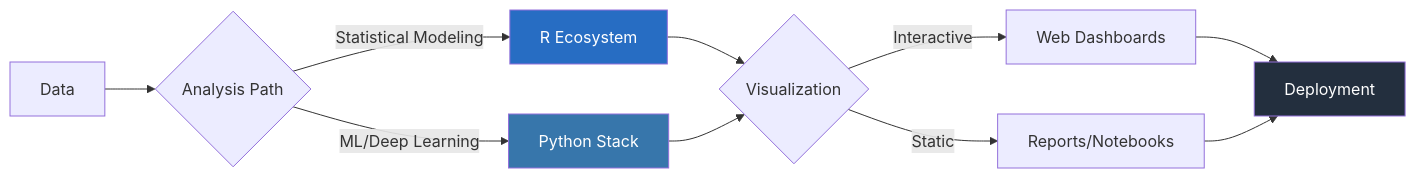
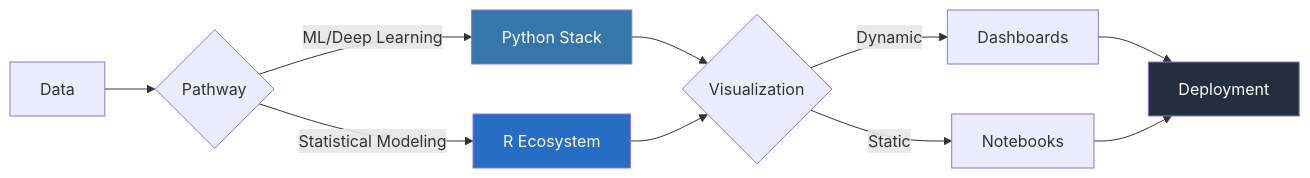
One commit to joaquimtimoteo/joaquimtimoteo changed the first of 3 diagrams in README.md. Above: the diagram before and after it, drawn with Mermaid. The commit also changed other lines of this file, not shown here.

````diff
--- a/README.md
+++ b/README.md
@@ -60,20 +79,20 @@
 ```mermaid
 graph LR
-    D[Data] --> P{Analysis Path}
+    D[Data] --> P{Pathway}
+    P -->|ML/Deep Learning| PY[Python Stack]
     P -->|Statistical Modeling| R[R Ecosystem]
-    P -->|ML/Deep Learning| PY[Python Stack]
-    R --> V{Visualization}
-    PY --> V
-    V -->|Interactive| I[Web Dashboards]
-    V -->|Static| S[Reports/Notebooks]
+    PY --> V{Visualization}
+    R --> V
+    V -->|Static| S[Notebooks]
+    V -->|Dynamic| I[Dashboards]
     I --> DL[Deployment]
     S --> DL
     
     classDef python fill:#3776AB,color:white;
     classDef r fill:#276DC3,color:white;
     classDef deploy fill:#232F3E,color:white;
     
     class PY python;
     class R r;
     class DL deploy;
 ```
````
